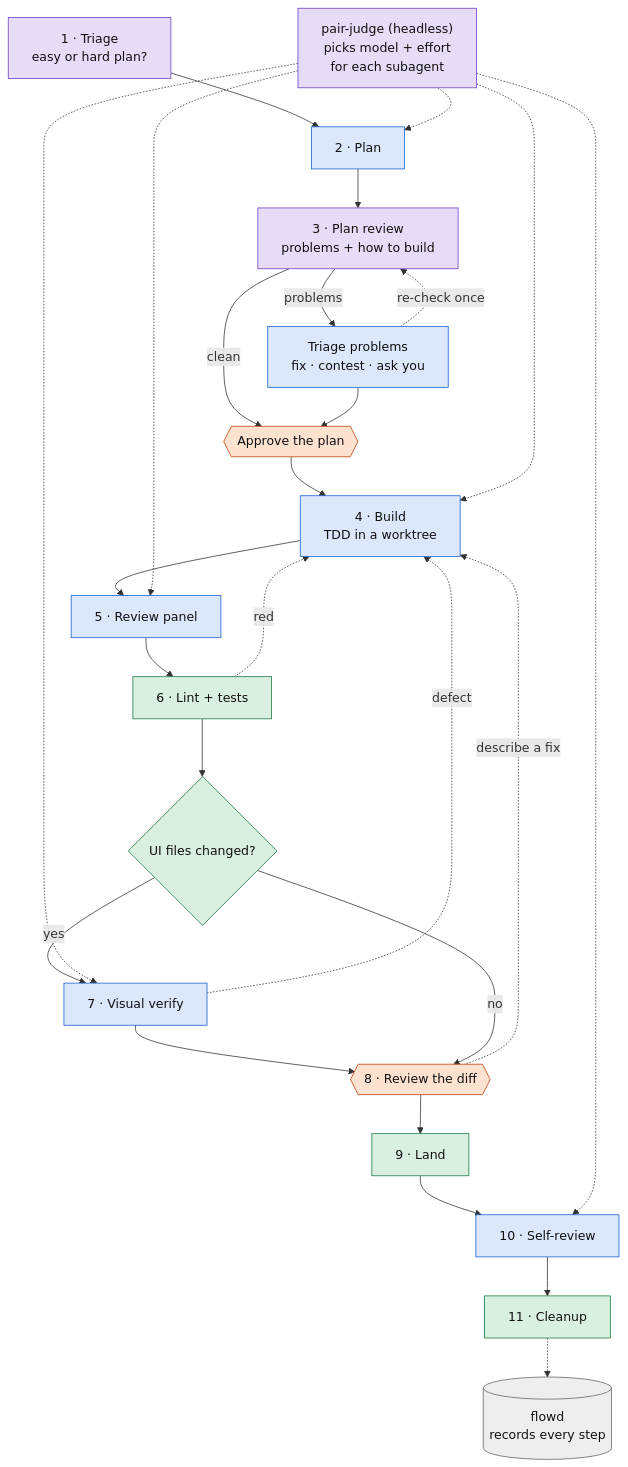
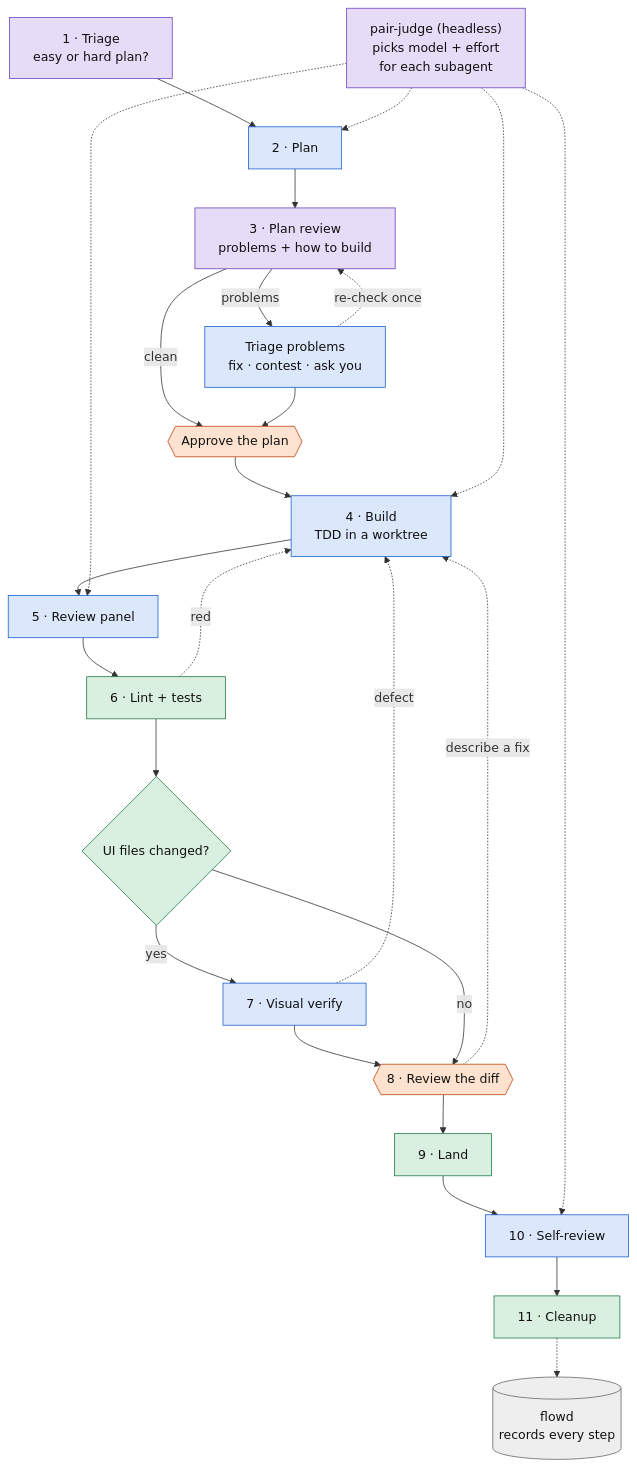
Before and after one commit to tweety53/agents: the second of 2 diagrams in README.md, drawn with Mermaid.

Commit message:
docs(readme): the pair judge does not pick the visual verifier's model

````diff
--- a/README.md
+++ b/README.md
@@ -50,43 +50,42 @@
 ```mermaid
 flowchart TD
     triage["1 · Triage<br/>easy or hard plan?"]:::head
     plan["2 · Plan"]:::agent
     pc["3 · Plan review<br/>problems + how to build"]:::head
     tri["Triage problems<br/>fix · contest · ask you"]:::agent
     appr{{"Approve the plan"}}:::you
     build["4 · Build<br/>TDD in a worktree"]:::agent
     panel["5 · Review panel"]:::agent
     lint["6 · Lint + tests"]:::guard
     trig{"UI files changed?"}:::guard
     vv["7 · Visual verify"]:::agent
     diff{{"8 · Review the diff"}}:::you
     land["9 · Land"]:::guard
     sr["10 · Self-review"]:::agent
     done["11 · Cleanup"]:::guard
 
     triage --> plan --> pc
     pc -- problems --> tri -. re-check once .-> pc
     pc -- clean --> appr
     tri --> appr
     appr --> build --> panel --> lint --> trig
     trig -- yes --> vv --> diff
     trig -- no --> diff
     lint -. red .-> build
     vv -. defect .-> build
     diff -. "describe a fix" .-> build
     diff --> land --> sr --> done
 
     pj["pair-judge (headless)<br/>picks model + effort<br/>for each subagent"]:::head
     pj -.-> plan
     pj -.-> build
     pj -.-> panel
-    pj -.-> vv
     pj -.-> sr
     done -.-> flowd[("flowd<br/>records every step")]:::store
 
     classDef you fill:#fde3cf,stroke:#c2410c,color:#111
     classDef agent fill:#dbe7fb,stroke:#1a5fd0,color:#111
     classDef head fill:#e6dcf7,stroke:#6d3fc0,color:#111
     classDef guard fill:#d9f0e1,stroke:#1f7a45,color:#111
     classDef store fill:#eee,stroke:#666,color:#111
 ```
````
